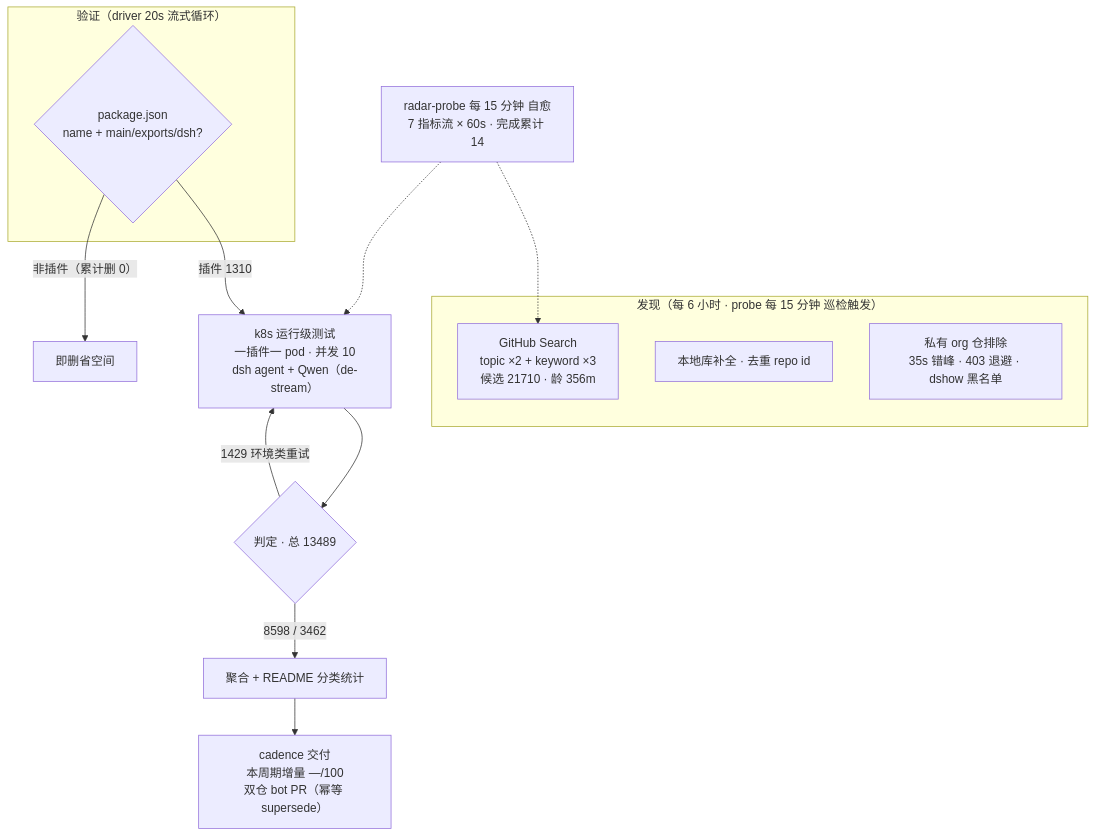
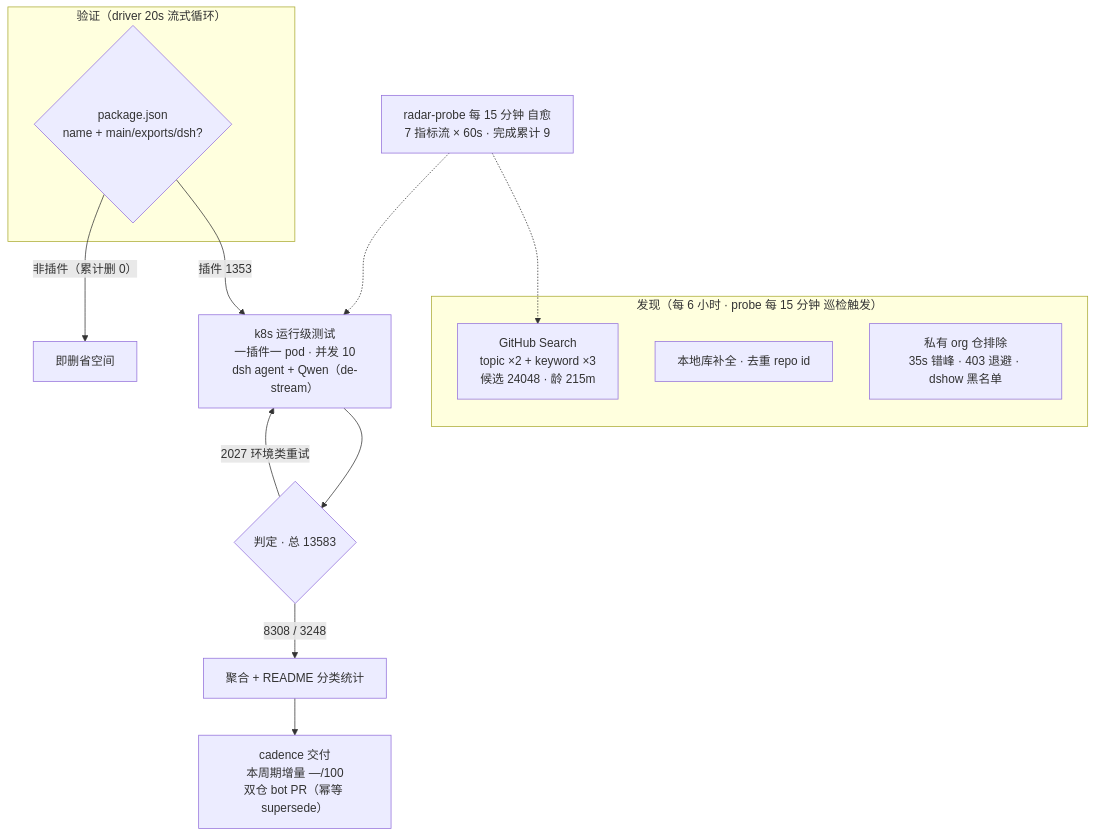
Before and after one commit to AdamPlatin123/dsh-plugin-radar: the diagram in README.md, drawn with Mermaid. The commit also changed other lines of this file and 17 other files, not shown here.

````diff
--- a/README.md
+++ b/README.md
@@ -94,20 +96,20 @@
 ```mermaid
 flowchart TB
     subgraph Discovery["发现（每 6 小时 · probe 每 15 分钟 巡检触发）"]
-        A1["GitHub Search<br/>topic ×2 + keyword ×3<br/>候选 21710 · 龄 356m"]
+        A1["GitHub Search<br/>topic ×2 + keyword ×3<br/>候选 24048 · 龄 215m"]
         A2["本地库补全 · 去重 repo id"]
         A3["私有 org 仓排除<br/>35s 错峰 · 403 退避 · dshow 黑名单"]
     end
     subgraph Validation["验证（driver 20s 流式循环）"]
         B1{"package.json<br/>name + main/exports/dsh?"}
     end
-    B1 -->|"插件 1310"| C1["k8s 运行级测试<br/>一插件一 pod · 并发 10<br/>dsh agent + Qwen（de-stream）"]
+    B1 -->|"插件 1353"| C1["k8s 运行级测试<br/>一插件一 pod · 并发 10<br/>dsh agent + Qwen（de-stream）"]
     B1 -->|"非插件（累计删 0）"| B3["即删省空间"]
-    C1 --> D1{"判定 · 总 13489"}
-    D1 -->|"8598 / 3462"| E1["聚合 + README 分类统计"]
-    D1 -->|"1429 环境类重试"| C1
+    C1 --> D1{"判定 · 总 13583"}
+    D1 -->|"8308 / 3248"| E1["聚合 + README 分类统计"]
+    D1 -->|"2027 环境类重试"| C1
     E1 --> E2["cadence 交付<br/>本周期增量 —/100<br/>双仓 bot PR（幂等 supersede）"]
-    M["radar-probe 每 15 分钟 自愈<br/>7 指标流 × 60s · 完成累计 14"]
+    M["radar-probe 每 15 分钟 自愈<br/>7 指标流 × 60s · 完成累计 9"]
     M -.-> A1
     M -.-> C1
 ```
````
